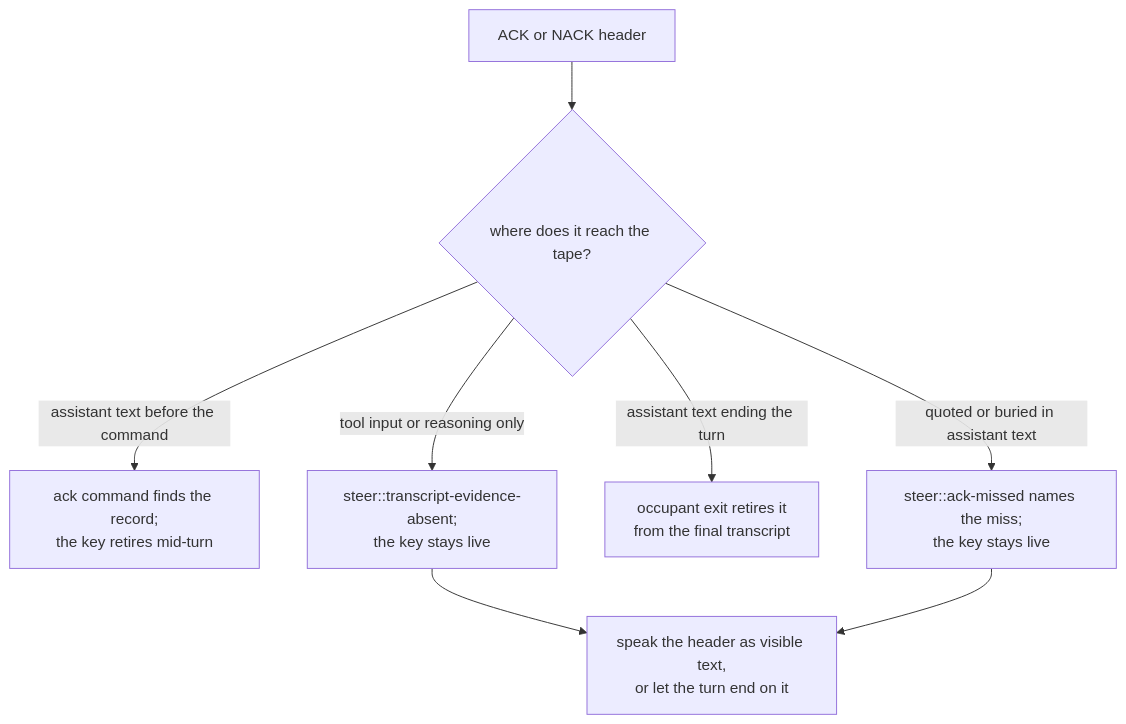
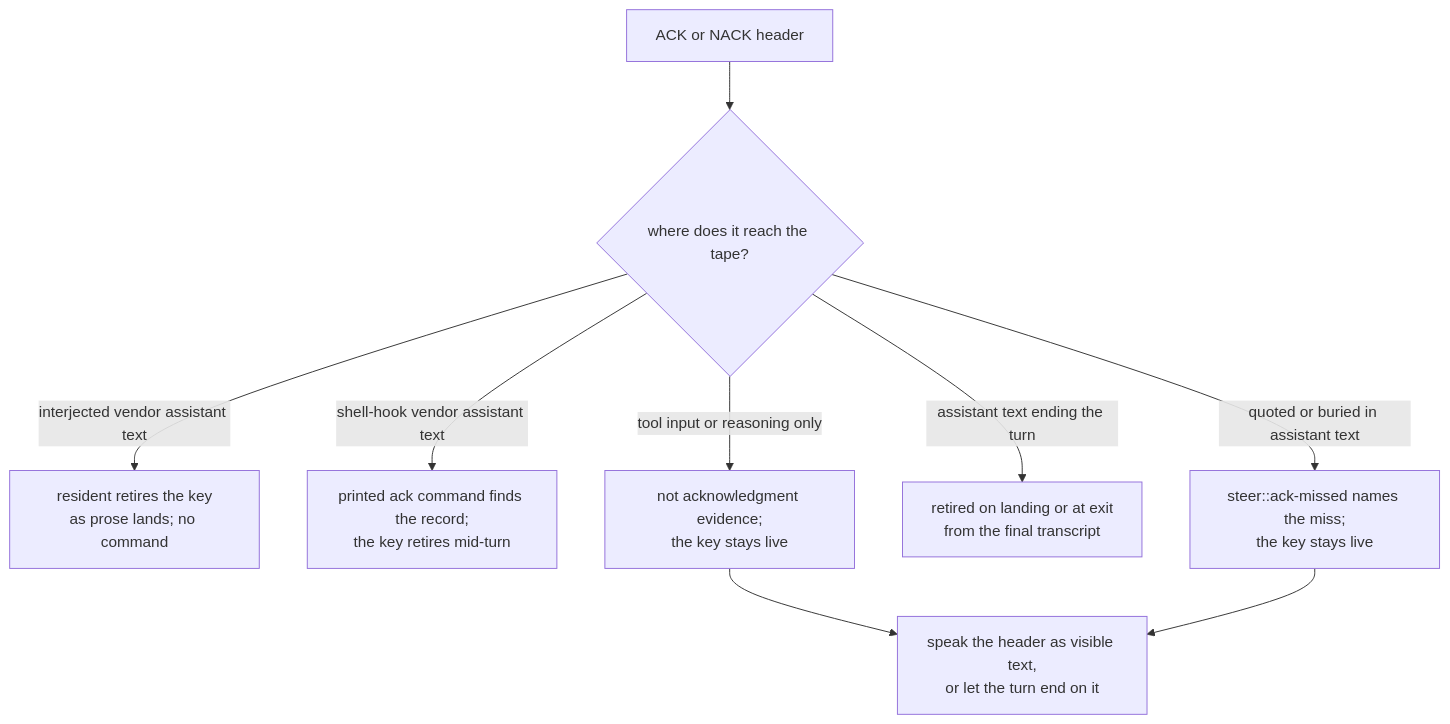
Before and after one commit to infimalabs/spice-rust: the seventh of 9 diagrams in docs/product/planes/hooks.md, drawn with Mermaid. The commit also changed other lines of this file and 3 other files, not shown here.

````diff
--- a/docs/product/planes/hooks.md
+++ b/docs/product/planes/hooks.md
@@ -226,10 +226,11 @@
 ```mermaid
 flowchart TD
   H["ACK or NACK header"] --> W{"where does it reach the tape?"}
-  W -- "assistant text before the command" --> M["ack command finds the record;<br/>the key retires mid-turn"]
-  W -- "tool input or reasoning only" --> A["steer::transcript-evidence-absent;<br/>the key stays live"]
-  W -- "assistant text ending the turn" --> X["occupant exit retires it<br/>from the final transcript"]
+  W -- "interjected vendor assistant text" --> M["resident retires the key<br/>as prose lands; no command"]
+  W -- "shell-hook vendor assistant text" --> C["printed ack command finds the record;<br/>the key retires mid-turn"]
+  W -- "tool input or reasoning only" --> A["not acknowledgment evidence;<br/>the key stays live"]
+  W -- "assistant text ending the turn" --> X["retired on landing or at exit<br/>from the final transcript"]
   W -- "quoted or buried in assistant text" --> Q["steer::ack-missed names the miss;<br/>the key stays live"]
   A --> N["speak the header as visible text,<br/>or let the turn end on it"]
   Q --> N
 ```
````
